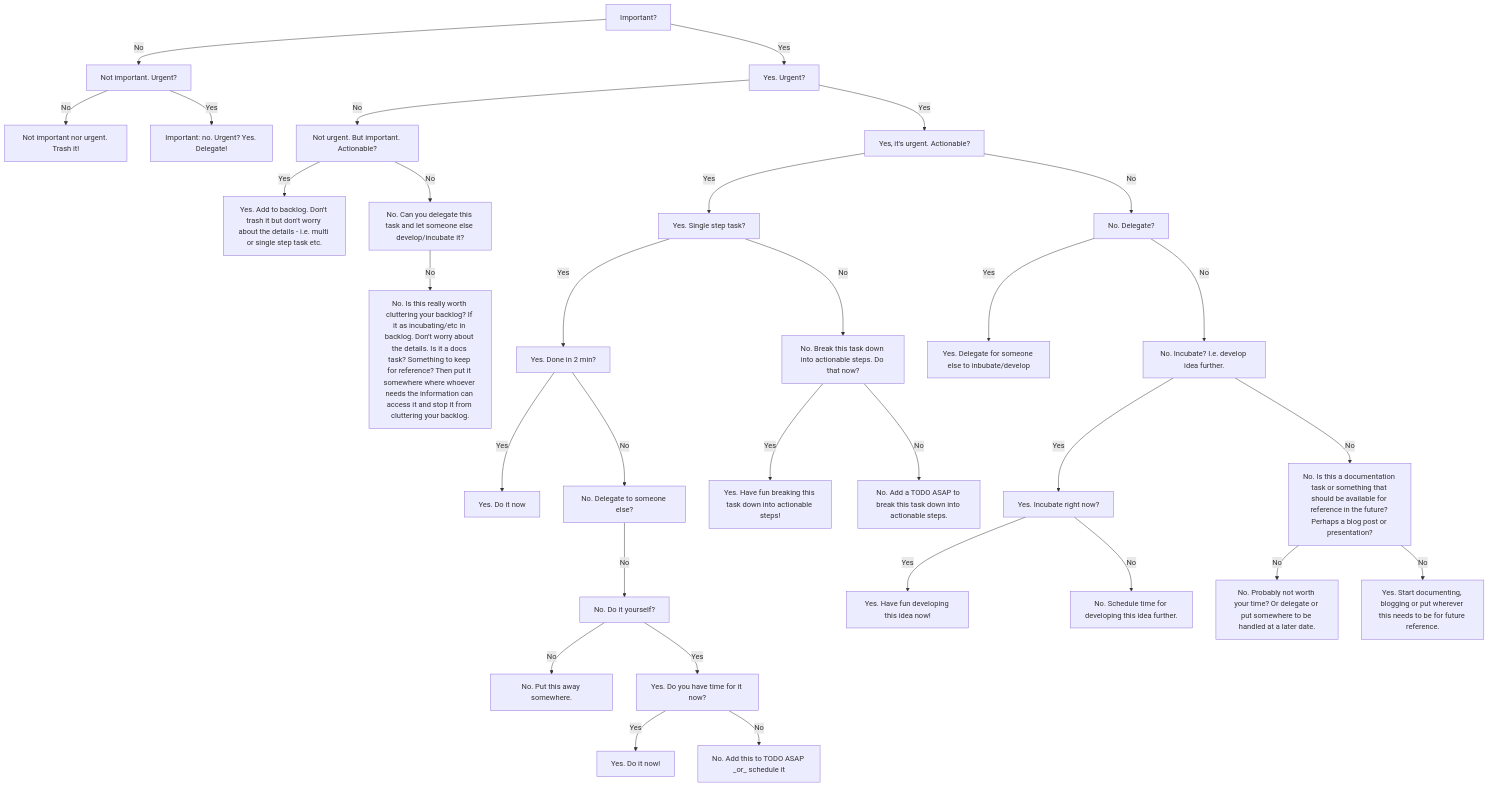
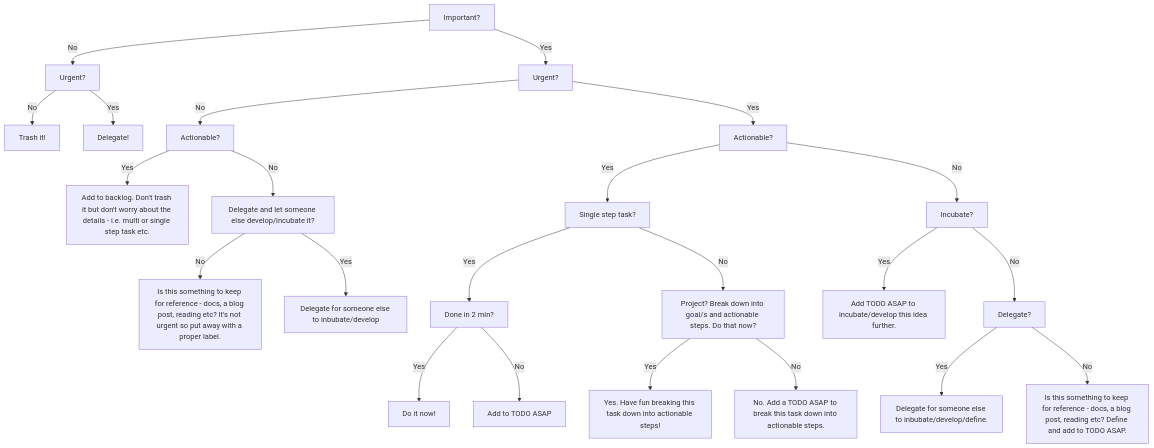
Before and after one commit to davidberglund/getting_things_done: the diagram in gtd.mmd, drawn with Mermaid. The commit also changed 2 other files, not shown here.

Commit message:
gtd mermaid

```diff
--- a/gtd.mmd
+++ b/gtd.mmd
@@ -1,37 +1,33 @@
 graph TD
     Important[Important?]
-    Important -->|No| ImportantNo[Not important. Urgent?]
-    Important -->|Yes| ImportantYes[Yes. Urgent?]
-    ImportantNo -->|No| ImportantNoUrgentNo[Not important nor urgent. Trash it!]
-    ImportantNo -->|Yes| ImportantNoUrgentYes[Important: no. Urgent? Yes. Delegate!]
-    ImportantYes -->|No| ImportantYesUrgentNo[Not urgent. But important. Actionable?]
 
-    ImportantYesUrgentNo -->|Yes| ImportantYesUrgentNoActionableYes[Yes. Add to backlog. Don't trash it but don't worry about the details - i.e. multi or single step task etc.]
-    ImportantYesUrgentNo -->|No| ImportantYesUrgentNoActionableNo[No. Can you delegate this task and let someone else develop/incubate it?]
-    ImportantYesUrgentNoActionableNo -->|No| ImportantYesUrgentNoActionableNoDelegateNo[No. Is this really worth cluttering your backlog? If it as incubating/etc in backlog. Don't worry about the details. Is it a docs task? Something to keep for reference? Then put it somewhere where whoever needs the information can access it and stop it from cluttering your backlog.]
+    Important -->|No| ImportantNoUrgent[Urgent?]
+    Important -->|Yes| ImportantYesUrgent[Urgent?]
 
-    ImportantYes -->|Yes| ImportantYesUrgentYes[Yes, it's urgent. Actionable?]
-    ImportantYesUrgentYes -->|Yes| ImportantYesUrgentYesActionableYes[Yes. Single step task?]
-    ImportantYesUrgentYes -->|No| ImportantYesUrgentYesActionableNo[No. Delegate?]
-    ImportantYesUrgentYesActionableYes -->|Yes| ImportantYesUrgentYesActionableYesSingleStepTaskYes[Yes. Done in 2 min?]
-    ImportantYesUrgentYesActionableYes -->|No| ImportantYesUrgentYesActionableYesSingleStepTaskNo[No. Break this task down into actionable steps. Do that now?]
-    ImportantYesUrgentYesActionableYesSingleStepTaskYes -->|Yes| ImportantYesUrgentYesActionableYesSingleStepTaskYesDoneIn2Mins[Yes. Do it now]
-    ImportantYesUrgentYesActionableYesSingleStepTaskYes -->|No| ImportantYesUrgentYesActionableYesSingleStepTaskYesNotDoneIn2Mins[No. Delegate to someone else?]
-    ImportantYesUrgentYesActionableYesSingleStepTaskYesNotDoneIn2Mins -->|No| ImportantYesUrgentYesActionableYesSingleStepTaskYesNotDoneIn2MinsDelegateNo[No. Do it yourself?]
-    ImportantYesUrgentYesActionableYesSingleStepTaskYesNotDoneIn2MinsDelegateNo -->|No| ImportantYesUrgentYesActionableYesSingleStepTaskYesNotDoneIn2MinsDelegateNoDoItYourselfNo[No. Put this away somewhere.]
-    ImportantYesUrgentYesActionableYesSingleStepTaskYesNotDoneIn2MinsDelegateNo -->|Yes| ImportantYesUrgentYesActionableYesSingleStepTaskYesNotDoneIn2MinsDelegateNoDoItYourselfYes[Yes. Do you have time for it now?]
-    ImportantYesUrgentYesActionableYesSingleStepTaskYesNotDoneIn2MinsDelegateNoDoItYourselfYes -->|Yes| ImportantYesUrgentYesActionableYesSingleStepTaskYesNotDoneIn2MinsDelegateNoDoItYourselfYesTimeForItNowYes[Yes. Do it now!]
-    ImportantYesUrgentYesActionableYesSingleStepTaskYesNotDoneIn2MinsDelegateNoDoItYourselfYes -->|No| ImportantYesUrgentYesActionableYesSingleStepTaskYesNotDoneIn2MinsDelegateNoDoItYourselfYesTimeForItNowNo[No. Add this to TODO ASAP _or_ schedule it]
+    ImportantNoUrgent -->|No| ImportantNoUrgentNo[Trash it!]
+    ImportantNoUrgent -->|Yes| ImportantNoUrgentYesActionable[Delegate!]
 
-    ImportantYesUrgentYesActionableNo -->|Yes| ImportantYesUrgentYesActionableNoDelegateYes[Yes. Delegate for someone else to inbubate/develop]
-    ImportantYesUrgentYesActionableNo -->|No| ImportantYesUrgentYesActionableNoDelegateNo[No. Incubate? I.e. develop idea further.]
-    ImportantYesUrgentYesActionableNoDelegateNo -->|Yes| ImportantYesUrgentYesActionableNoDelegateNoIncubateYes[Yes. Incubate right now?]
-    ImportantYesUrgentYesActionableNoDelegateNoIncubateYes -->|Yes| ImportantYesUrgentYesActionableNoDelegateNoIncubateYesRightNowYes[Yes. Have fun developing this idea now!]
-    ImportantYesUrgentYesActionableNoDelegateNoIncubateYes -->|No| ImportantYesUrgentYesActionableNoDelegateNoIncubateYesRightNowNo[No. Schedule time for developing this idea further.]
+    ImportantYesUrgent -->|No| ImportantYesUrgentNoActionable[Actionable?]
+    ImportantYesUrgent -->|Yes| ImportantYesUrgentYesActionable[Actionable?]
 
-    ImportantYesUrgentYesActionableNoDelegateNo -->|No| ImportantYesUrgentYesActionableNoDelegateNoIncubateNo[No. Is this a documentation task or something that should be available for reference in the future? Perhaps a blog post or presentation?]
-    ImportantYesUrgentYesActionableNoDelegateNoIncubateNo -->|No| ImportantYesUrgentYesActionableNoDelegateNoIncubateNoForReferenceNo[No. Probably not worth your time? Or delegate or put somewhere to be handled at a later date.]
-    ImportantYesUrgentYesActionableNoDelegateNoIncubateNo -->|No| ImportantYesUrgentYesActionableNoDelegateNoIncubateNoForReferenceYes[Yes. Start documenting, blogging or put wherever this needs to be for future reference.]
+    ImportantYesUrgentNoActionable -->|Yes| ImportantYesUrgentNoActionableYes[Add to backlog. Don't trash it but don't worry about the details - i.e. multi or single step task etc.]
+    ImportantYesUrgentNoActionable -->|No| ImportantYesUrgentNoActionableNoDelegate[Delegate and let someone else develop/incubate it?]
+    ImportantYesUrgentNoActionableNoDelegate -->|No| ImportantYesUrgentNoActionableNoDelegateNo[Is this something to keep for reference - docs, a blog post, reading etc? It's not urgent so put away with a proper label.]
+    ImportantYesUrgentNoActionableNoDelegate -->|Yes| ImportantYesUrgentNoActionableNoDelegateYes[Delegate for someone else to inbubate/develop]
 
-    ImportantYesUrgentYesActionableYesSingleStepTaskNo -->|Yes| ImportantYesUrgentYesActionableYesSingleStepTaskNoIncubateNowYes[Yes. Have fun breaking this task down into actionable steps!]
-    ImportantYesUrgentYesActionableYesSingleStepTaskNo -->|No| ImportantYesUrgentYesActionableYesSingleStepTaskNoIncubateNowNo[No. Add a TODO ASAP to break this task down into actionable steps.]
+    ImportantYesUrgentYesActionable -->|Yes| ImportantYesUrgentYesActionableYesSingleStepTask[Single step task?]
+    ImportantYesUrgentYesActionable -->|No| ImportantYesUrgentYesActionableNoIncubate[Incubate?]
+    
+    ImportantYesUrgentYesActionableYesSingleStepTask -->|Yes| ImportantYesUrgentYesActionableYesSingleStepTaskYesDoneIn2Mins[Done in 2 min?]
+    ImportantYesUrgentYesActionableYesSingleStepTask -->|No| ImportantYesUrgentYesActionableYesSingleStepTaskNoIncubateNow[Project? Break down into goal/s and actionable steps. Do that now?]
+    ImportantYesUrgentYesActionableYesSingleStepTaskNoIncubateNow -->|Yes| ImportantYesUrgentYesActionableYesSingleStepTaskNoIncubateNowYes[Yes. Have fun breaking this task down into actionable steps!]
+    ImportantYesUrgentYesActionableYesSingleStepTaskNoIncubateNow -->|No| ImportantYesUrgentYesActionableYesSingleStepTaskNoIncubateNowNo[No. Add a TODO ASAP to break this task down into actionable steps.]
+
+    ImportantYesUrgentYesActionableYesSingleStepTaskYesDoneIn2Mins -->|Yes| ImportantYesUrgentYesActionableYesSingleStepTaskYesDoneIn2MinsYes[Do it now!]
+    ImportantYesUrgentYesActionableYesSingleStepTaskYesDoneIn2Mins -->|No| ImportantYesUrgentYesActionableYesSingleStepTaskYesDoneIn2MinsNo[Add to TODO ASAP]
+
+    ImportantYesUrgentYesActionableNoIncubate -->|Yes| ImportantYesUrgentYesActionableNoIncubateYes[Add TODO ASAP to incubate/develop this idea further.]
+    ImportantYesUrgentYesActionableNoIncubate -->|No| ImportantYesUrgentYesActionableNoIncubateNoDelegate[Delegate?]
+
+    ImportantYesUrgentYesActionableNoIncubateNoDelegate -->|Yes| ImportantYesUrgentYesActionableNoIncubateNoDelegateYes[Delegate for someone else to inbubate/develop/define.] 
+    ImportantYesUrgentYesActionableNoIncubateNoDelegate -->|No| ImportantYesUrgentYesActionableNoIncubateNoDelegateNo[Is this something to keep for reference - docs, a blog post, reading etc? Define and add to TODO ASAP.]
```
